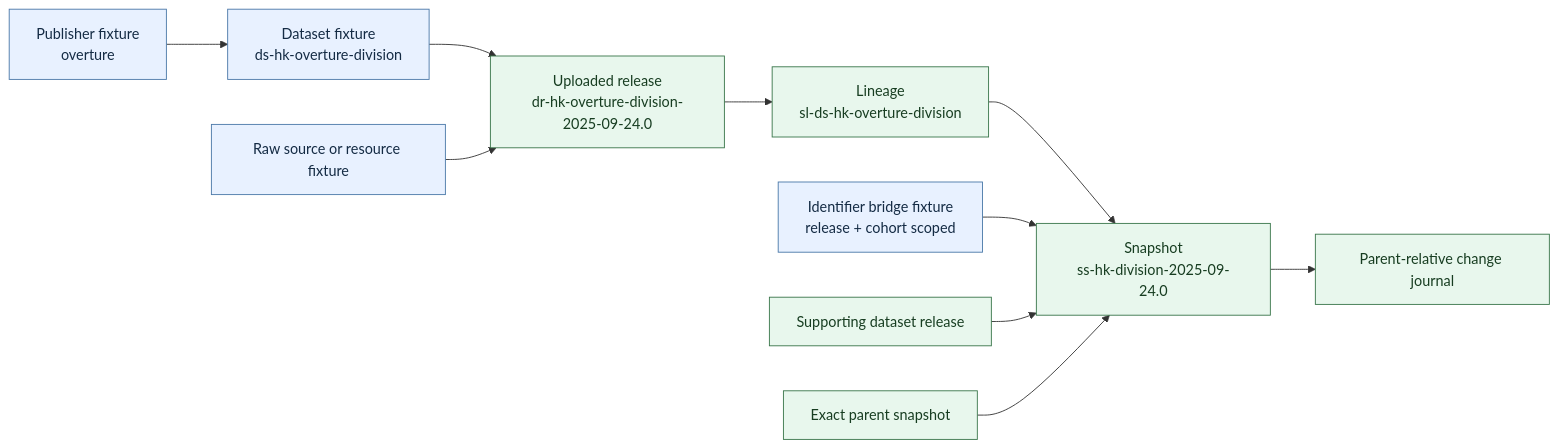
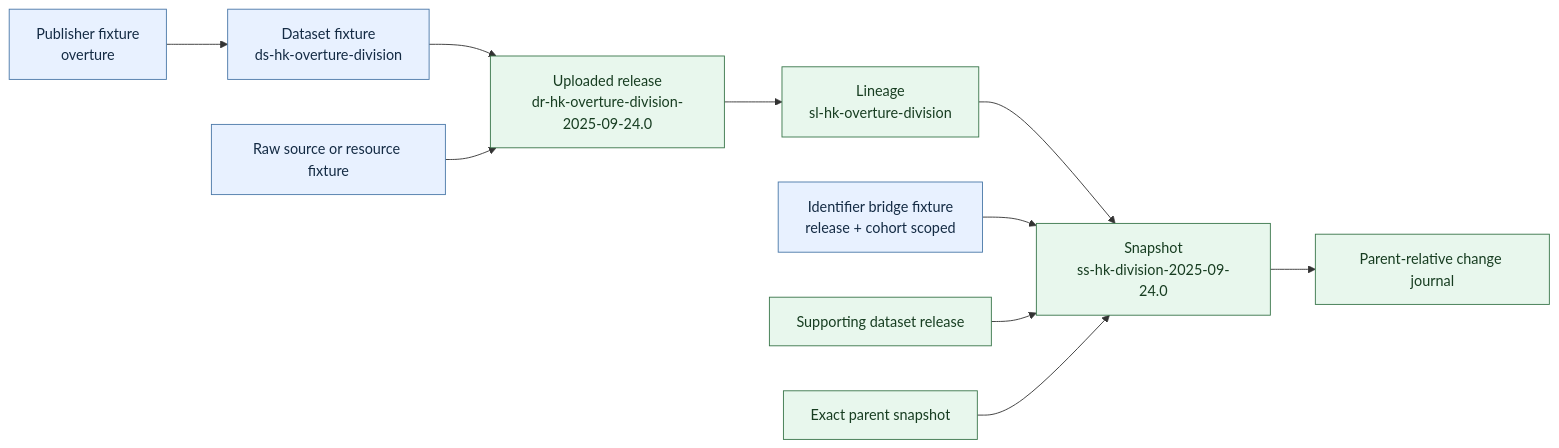
One commit to saanseoi/saanseoi changed the third of 7 diagrams in docs/versioning.md. Above: the diagram before and after it, drawn with Mermaid. The commit also changed other lines of this file and 5 other files, not shown here.

````diff
--- a/docs/versioning.md
+++ b/docs/versioning.md
@@ -216,18 +216,18 @@
 ```mermaid
 flowchart LR
   Publisher[Publisher fixture<br/>overture] --> Dataset[Dataset fixture<br/>ds-hk-overture-division]
   Dataset --> Release[Uploaded release<br/>dr-hk-overture-division-2025-09-24.0]
-  Release --> Lineage[Lineage<br/>sl-ds-hk-overture-division]
+  Release --> Lineage[Lineage<br/>sl-hk-overture-division]
   Lineage --> Snapshot[Snapshot<br/>ss-hk-division-2025-09-24.0]
 
   Source[Raw source or resource fixture] --> Release
   Bridge[Identifier bridge fixture<br/>release + cohort scoped] --> Snapshot
   SupportingRelease[Supporting dataset release] --> Snapshot
   Snapshot --> Journal[Parent-relative change journal]
   Parent[Exact parent snapshot] --> Snapshot
 
   classDef fixture fill:#e8f1ff,stroke:#4a78a8,color:#142b44
   classDef published fill:#e8f7ed,stroke:#39764a,color:#173d21
   class Publisher,Dataset,Source,Bridge fixture
   class Release,Lineage,Snapshot,Journal,Parent,SupportingRelease published
 ```
````
